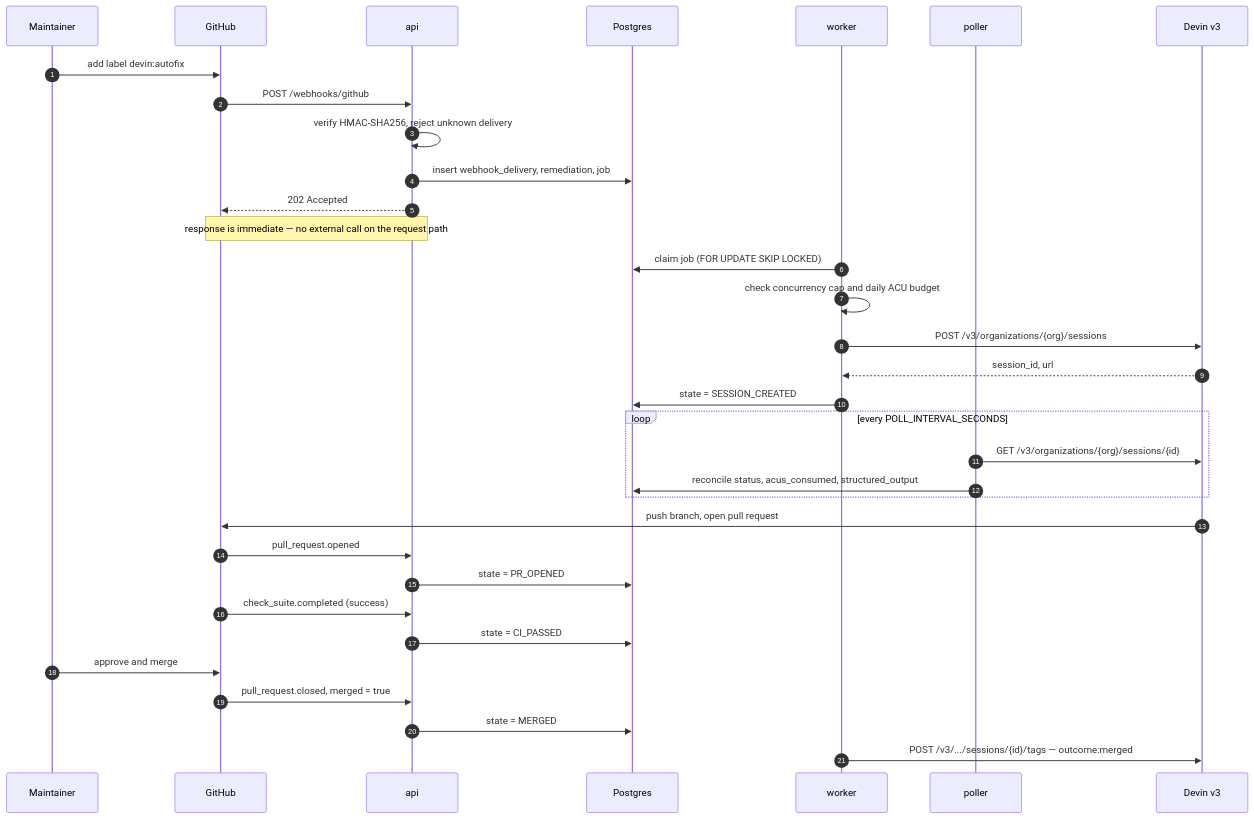
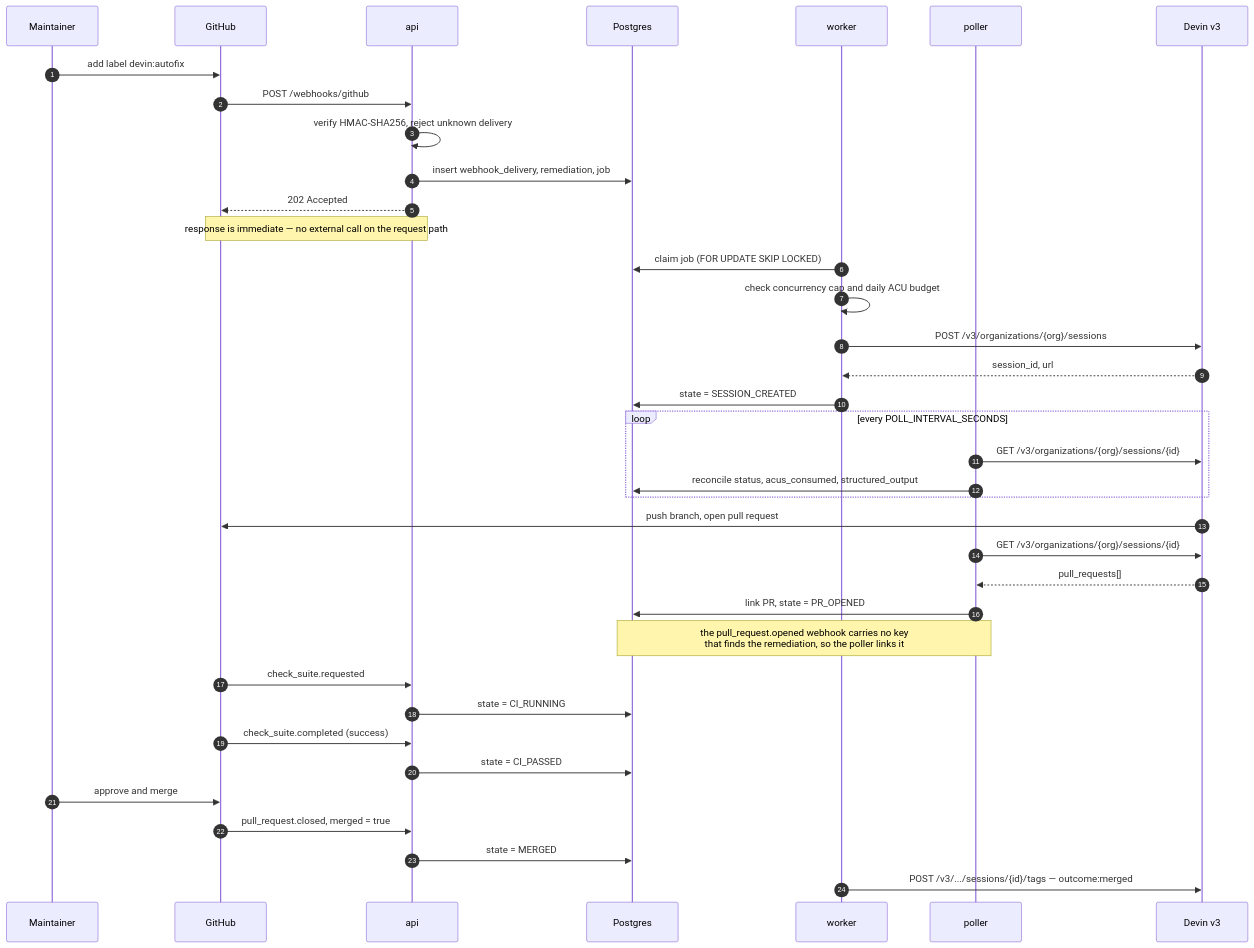
One commit to taxpon/sentinel changed the second of 2 diagrams in docs/02-architecture.md. Above: the diagram before and after it, drawn with Mermaid. The commit also changed 5 other files, not shown here.

````diff
--- a/docs/02-architecture.md
+++ b/docs/02-architecture.md
@@ -64,39 +64,43 @@
 ```mermaid
 sequenceDiagram
     autonumber
     participant M as Maintainer
     participant GH as GitHub
     participant API as api
     participant DB as Postgres
     participant W as worker
     participant P as poller
     participant D as Devin v3
 
     M->>GH: add label devin:autofix
     GH->>API: POST /webhooks/github
     API->>API: verify HMAC-SHA256, reject unknown delivery
     API->>DB: insert webhook_delivery, remediation, job
     API-->>GH: 202 Accepted
     Note over API,GH: response is immediate — no external call on the request path
 
     W->>DB: claim job (FOR UPDATE SKIP LOCKED)
     W->>W: check concurrency cap and daily ACU budget
     W->>D: POST /v3/organizations/{org}/sessions
     D-->>W: session_id, url
     W->>DB: state = SESSION_CREATED
 
     loop every POLL_INTERVAL_SECONDS
         P->>D: GET /v3/organizations/{org}/sessions/{id}
         P->>DB: reconcile status, acus_consumed, structured_output
     end
 
     D->>GH: push branch, open pull request
-    GH->>API: pull_request.opened
-    API->>DB: state = PR_OPENED
+    P->>D: GET /v3/organizations/{org}/sessions/{id}
+    D-->>P: pull_requests[]
+    P->>DB: link PR, state = PR_OPENED
+    Note over P,DB: the pull_request.opened webhook carries no key<br/>that finds the remediation, so the poller links it
+    GH->>API: check_suite.requested
+    API->>DB: state = CI_RUNNING
     GH->>API: check_suite.completed (success)
     API->>DB: state = CI_PASSED
     M->>GH: approve and merge
     GH->>API: pull_request.closed, merged = true
     API->>DB: state = MERGED
     W->>D: POST /v3/.../sessions/{id}/tags — outcome:merged
 ```
````
